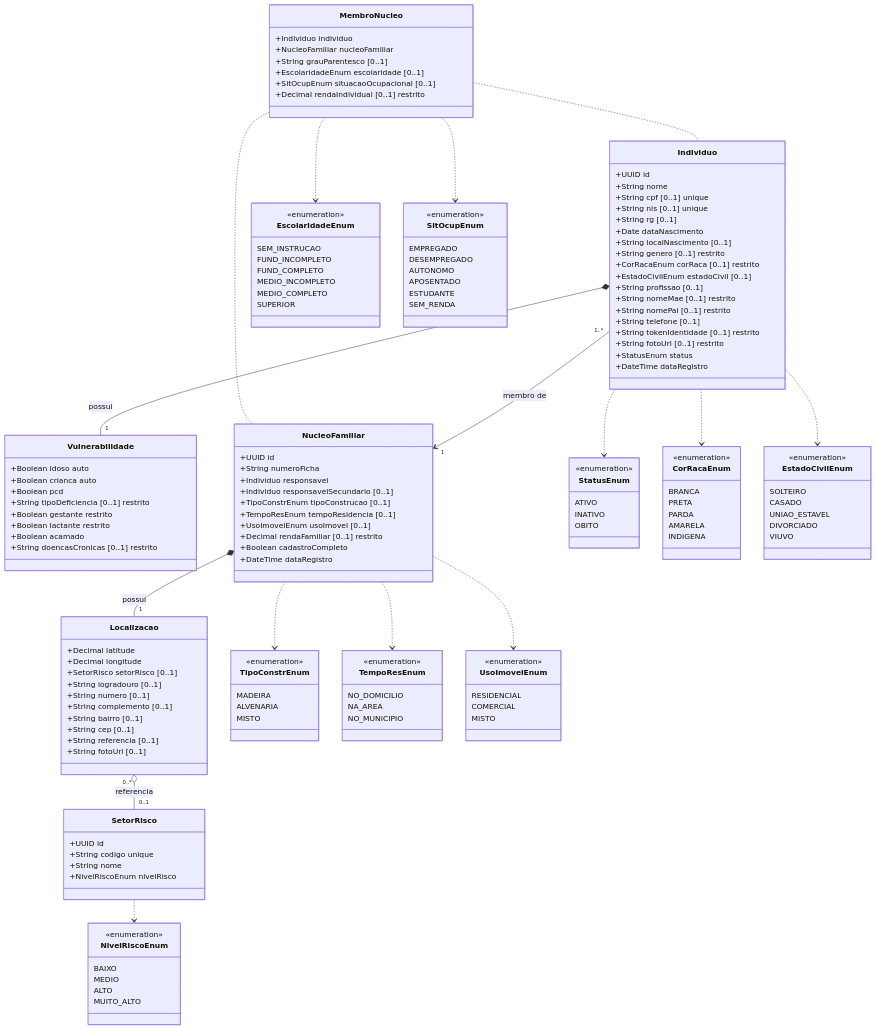
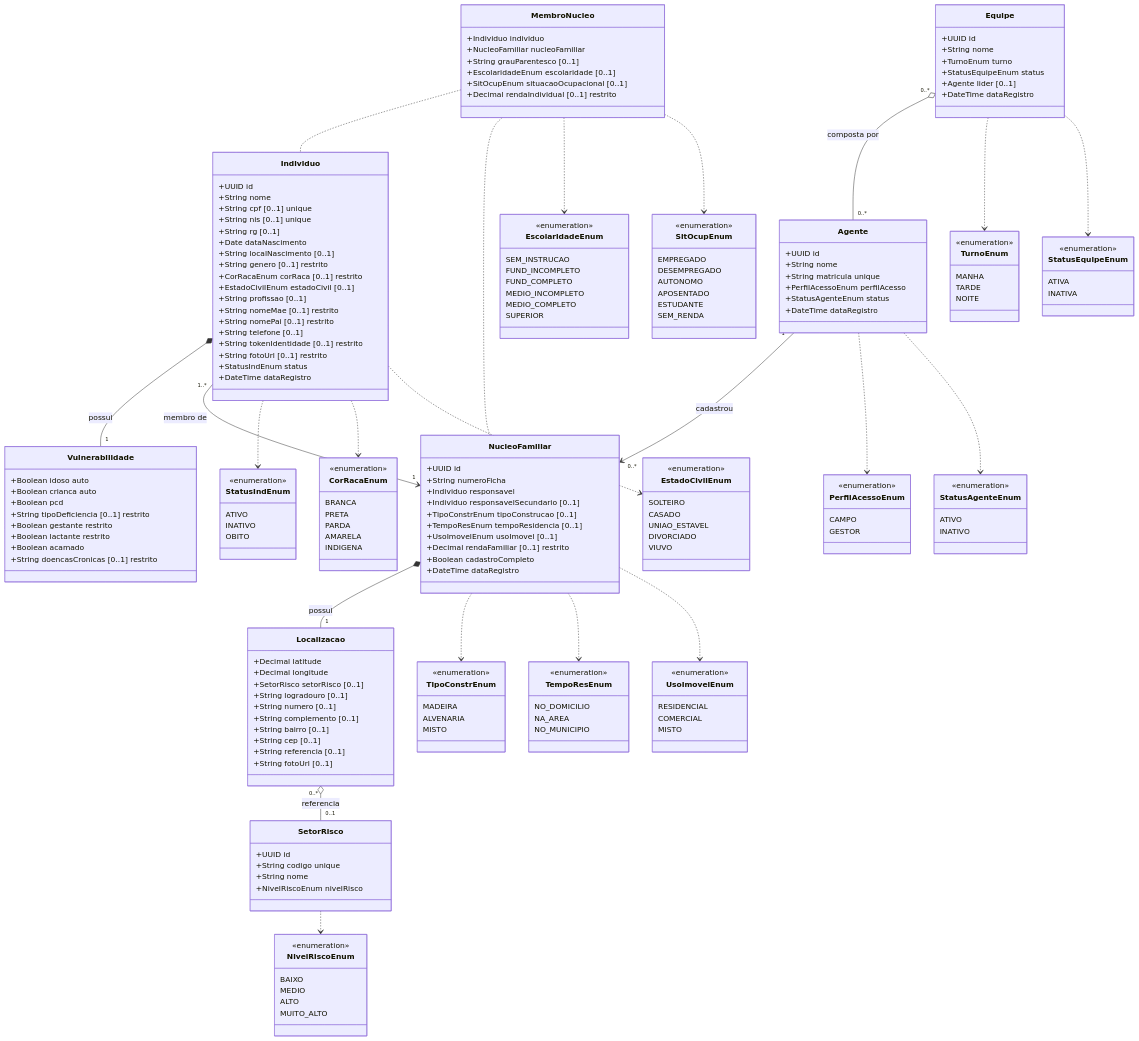
Before and after one commit to PauloRbtoCodes/ponderada-prog: the diagram in documentos/wad.md, drawn with Mermaid. The commit also changed other lines of this file, not shown here.

Commit message:
docs(wad): subindo diagrama de classes atualizado com agentes e gestor

````diff
--- a/documentos/wad.md
+++ b/documentos/wad.md
@@ -681,7 +684,7 @@
         +String telefone [0..1]
         +String tokenIdentidade [0..1] restrito
         +String fotoUrl [0..1] restrito
-        +StatusEnum status
+        +StatusIndEnum status
         +DateTime dataRegistro
     }
  
@@ -738,7 +741,28 @@
         +NivelRiscoEnum nivelRisco
     }
  
-    class StatusEnum {
+    class Agente {
+        +UUID id
+        +String nome
+        +String matricula unique
+        +PerfilAcessoEnum perfilAcesso
+        +StatusAgenteEnum status
+        +DateTime dataRegistro
+        %% nota: autenticacao fora do escopo do TAPI
+        %% nota: tipoVinculo removido MVP - todos sao servidores
+    }
+ 
+    class Equipe {
+        +UUID id
+        +String nome
+        +TurnoEnum turno
+        +StatusEquipeEnum status
+        +Agente lider [0..1]
+        +DateTime dataRegistro
+        %% nota: equipes existem durante operacoes ativas
+    }
+ 
+    class StatusIndEnum {
         <<enumeration>>
         ATIVO
         INATIVO
@@ -812,6 +836,31 @@
         MUITO_ALTO
     }
  
+    class PerfilAcessoEnum {
+        <<enumeration>>
+        CAMPO
+        GESTOR
+    }
+ 
+    class StatusAgenteEnum {
+        <<enumeration>>
+        ATIVO
+        INATIVO
+    }
+ 
+    class TurnoEnum {
+        <<enumeration>>
+        MANHA
+        TARDE
+        NOITE
+    }
+ 
+    class StatusEquipeEnum {
+        <<enumeration>>
+        ATIVA
+        INATIVA
+    }
+ 
     %% Composição: Vulnerabilidade não existe sem Individuo
     Individuo *-- "1" Vulnerabilidade : possui
  
@@ -828,8 +877,14 @@
     %% Agregação: SetorRisco existe independentemente de Localizacao
     Localizacao "0..*" o-- "0..1" SetorRisco : referencia
  
-    %% Dependências de enumeração
-    Individuo ..> StatusEnum
+    %% Agregação: Agente existe independentemente de Equipe
+    Equipe "0..*" o-- "0..*" Agente : composta por
+ 
+    %% Associação: Agente cadastrou NucleoFamiliar (rastreabilidade RF008)
+    Agente "1" --> "0..*" NucleoFamiliar : cadastrou
+ 
+    %% Dependências de enumeração — T-01
+    Individuo ..> StatusIndEnum
     Individuo ..> CorRacaEnum
     Individuo ..> EstadoCivilEnum
     NucleoFamiliar ..> TipoConstrEnum
@@ -838,4 +893,10 @@
     MembroNucleo ..> EscolaridadeEnum
     MembroNucleo ..> SitOcupEnum
     SetorRisco ..> NivelRiscoEnum
+ 
+    %% Dependências de enumeração — T-02
+    Agente ..> PerfilAcessoEnum
+    Agente ..> StatusAgenteEnum
+    Equipe ..> TurnoEnum
+    Equipe ..> StatusEquipeEnum
 ```
````
